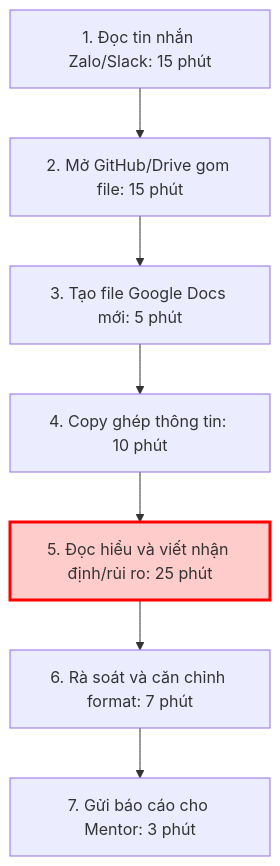
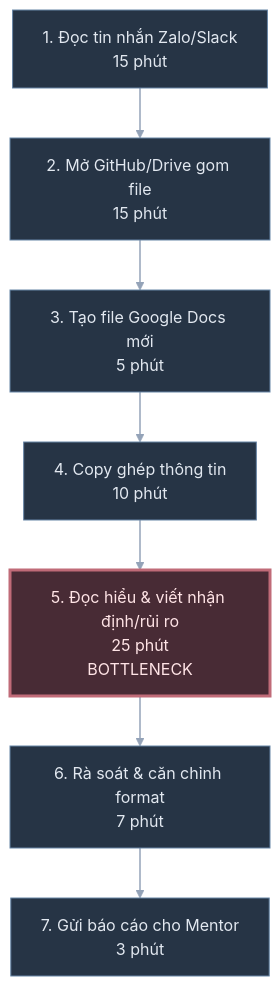
One commit to VinUni-AI20k/K5-L3-Day02-DiscoveryProblemFraming changed the first of 2 diagrams in report/team/group_report.md. Above: the diagram before and after it, drawn with Mermaid. The commit also changed other lines of this file, not shown here.

Commit message:
Update group_report.md-mermaid

````diff
--- a/report/team/group_report.md
+++ b/report/team/group_report.md
@@ -140,11 +141,20 @@
 ```mermaid
 flowchart TD
-    A["1. Đọc tin nhắn Zalo/Slack: 15 phút"] --> B["2. Mở GitHub/Drive gom file: 15 phút"]
-    B --> C["3. Tạo file Google Docs mới: 5 phút"]
-    C --> D["4. Copy ghép thông tin: 10 phút"]
-    D --> E["5. Đọc hiểu và viết nhận định/rủi ro: 25 phút"]
-    E --> F["6. Rà soát và căn chỉnh format: 7 phút"]
-    F --> G["7. Gửi báo cáo cho Mentor: 3 phút"]
+    A["1. Đọc tin nhắn Zalo/Slack<br/>15 phút"]
+    --> B["2. Mở GitHub/Drive gom file<br/>15 phút"]
+    --> C["3. Tạo file Google Docs mới<br/>5 phút"]
+    --> D["4. Copy ghép thông tin<br/>10 phút"]
+    --> E["5. Đọc hiểu & viết nhận định/rủi ro<br/>25 phút<br/>BOTTLENECK"]
+    --> F["6. Rà soát & căn chỉnh format<br/>7 phút"]
+    --> G["7. Gửi báo cáo cho Mentor<br/>3 phút"]
 
-    style E fill:#ffcccc,stroke:#ff0000,stroke-width:3px
+    style A fill:#263445,stroke:#6685a6,color:#e2e8f0
+    style B fill:#263445,stroke:#6685a6,color:#e2e8f0
+    style C fill:#263445,stroke:#6685a6,color:#e2e8f0
+    style D fill:#263445,stroke:#6685a6,color:#e2e8f0
+    style E fill:#482b35,stroke:#c06b78,stroke-width:3px,color:#ffe4e6
+    style F fill:#263445,stroke:#6685a6,color:#e2e8f0
+    style G fill:#263445,stroke:#6685a6,color:#e2e8f0
+
+    linkStyle default stroke:#94a3b8,stroke-width:1.5px
 ```
````
